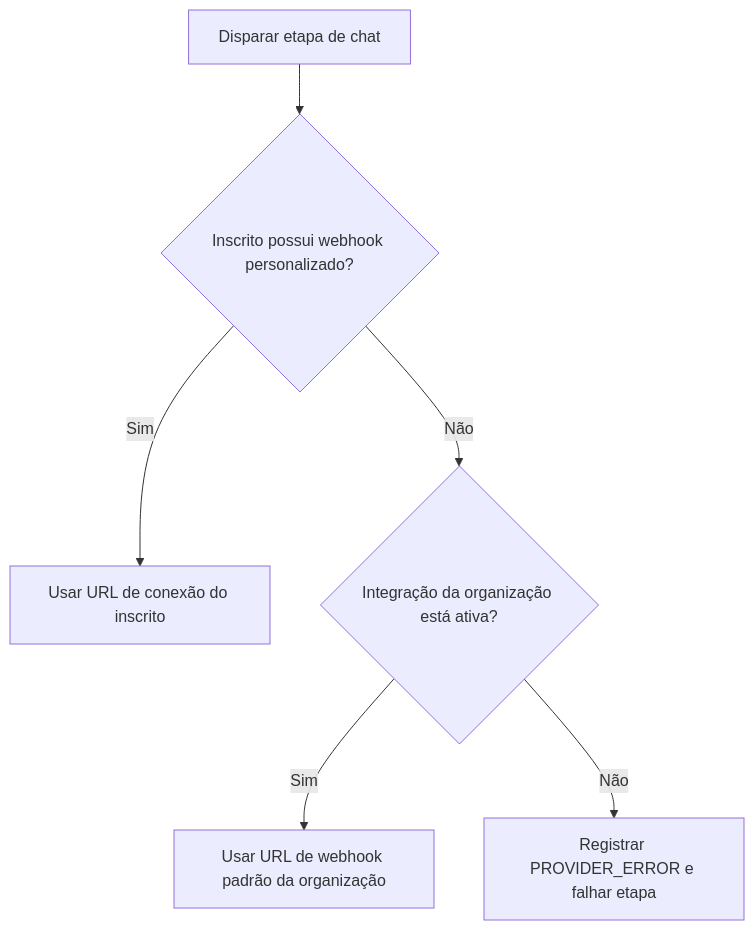
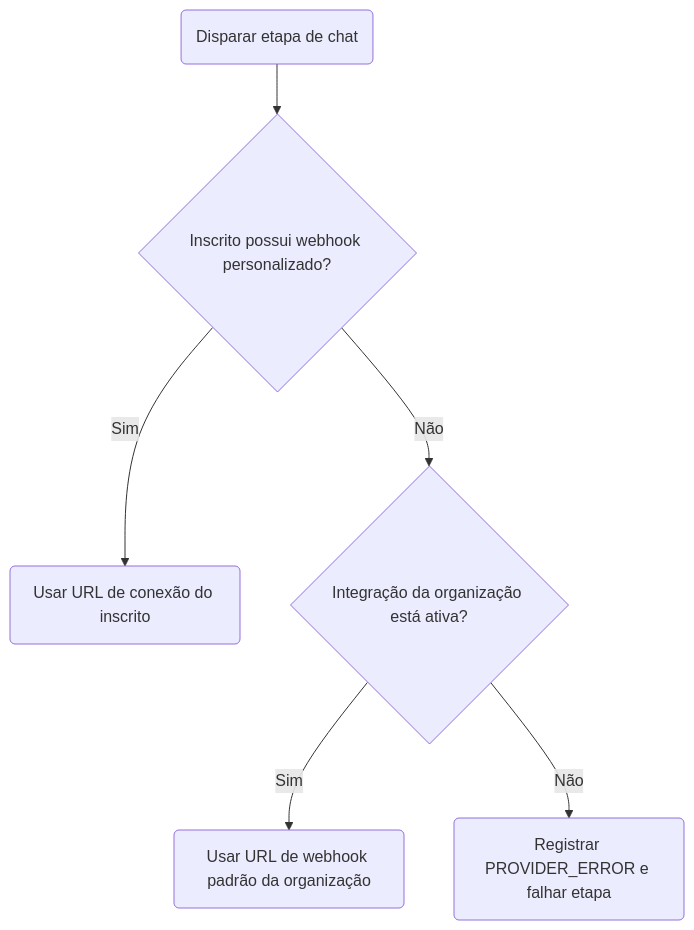
The diagram in content/docs/pt/platform/integrations/messaging-channels.mdx (KriyanshKhunt/nexus_docs), drawn with Mermaid before and after one commit. The commit also changed 20 other files, not shown here.

Commit message:
Handle pt Mermaid charts

````diff
--- a/content/docs/pt/platform/integrations/messaging-channels.mdx
+++ b/content/docs/pt/platform/integrations/messaging-channels.mdx
@@ -19,8 +19,8 @@
 ```mermaid
 flowchart TD
-  Trigger[Disparar etapa de chat] --> Sub{Inscrito possui webhook personalizado?}
-  Sub -->|Sim| Custom[Usar URL de conexão do inscrito]
+  Trigger(Disparar etapa de chat) --> Sub{Inscrito possui webhook personalizado?}
+  Sub -->|Sim| Custom(Usar URL de conexão do inscrito)
   Sub -->|Não| Fallback{Integração da organização está ativa?}
-  Fallback -->|Sim| Default[Usar URL de webhook padrão da organização]
-  Fallback -->|Não| Fail[Registrar PROVIDER_ERROR e falhar etapa]
+  Fallback -->|Sim| Default(Usar URL de webhook padrão da organização)
+  Fallback -->|Não| Fail(Registrar PROVIDER_ERROR e falhar etapa)
 ```
````
